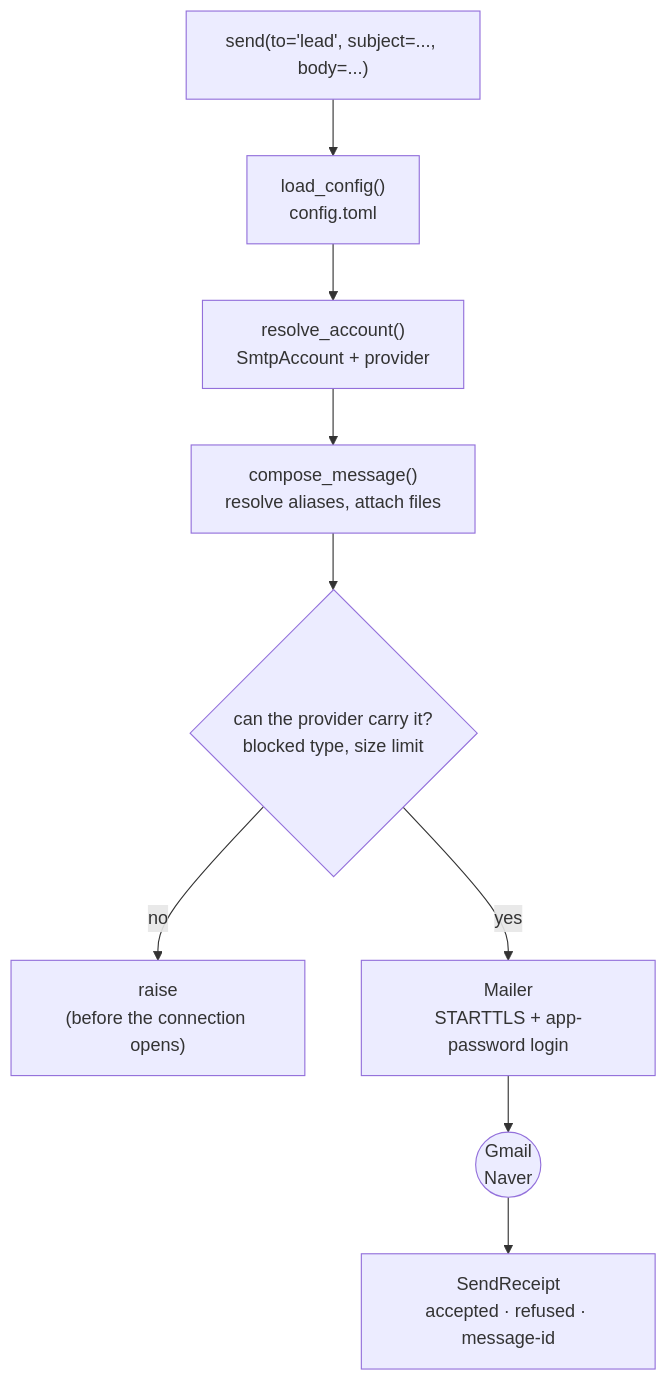
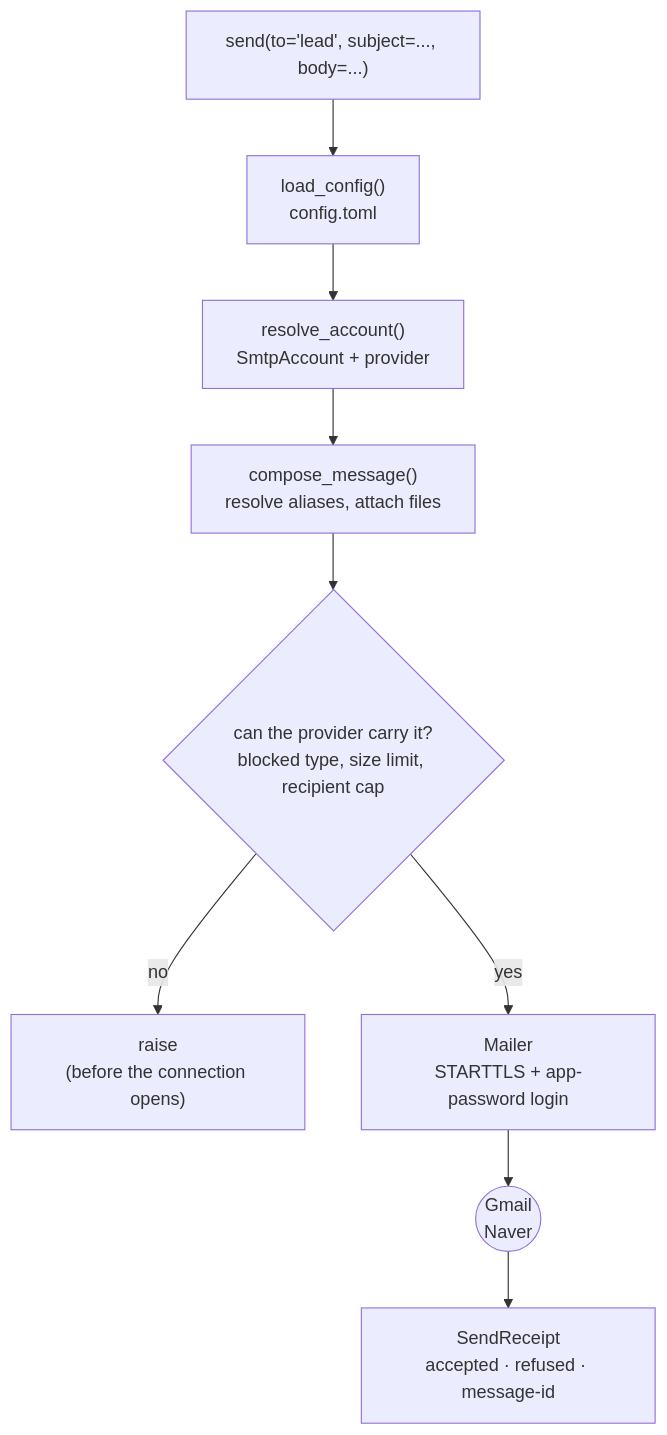
The diagram in README.md (seokhoonj/mailmail), drawn with Mermaid before and after one commit. The commit also changed other lines of this file and 9 other files, not shown here.

First line of the commit message:
feat: screen a message's recipient count against the provider cap

````diff
--- a/README.md
+++ b/README.md
@@ -58,11 +59,11 @@
 ```mermaid
 flowchart TB
     caller["send(to='lead', subject=..., body=...)"] --> cfg["load_config()<br/>config.toml"]
     cfg --> acct["resolve_account()<br/>SmtpAccount + provider"]
     acct --> compose["compose_message()<br/>resolve aliases, attach files"]
-    compose --> screen{"can the provider carry it?<br/>blocked type, size limit"}
+    compose --> screen{"can the provider carry it?<br/>blocked type, size limit, recipient cap"}
     screen -->|"no"| refuse["raise<br/>(before the connection opens)"]
     screen -->|"yes"| connect["Mailer<br/>STARTTLS + app-password login"]
     connect --> server(("Gmail<br/>Naver"))
     server --> receipt["SendReceipt<br/>accepted · refused · message-id"]
 ```
````
